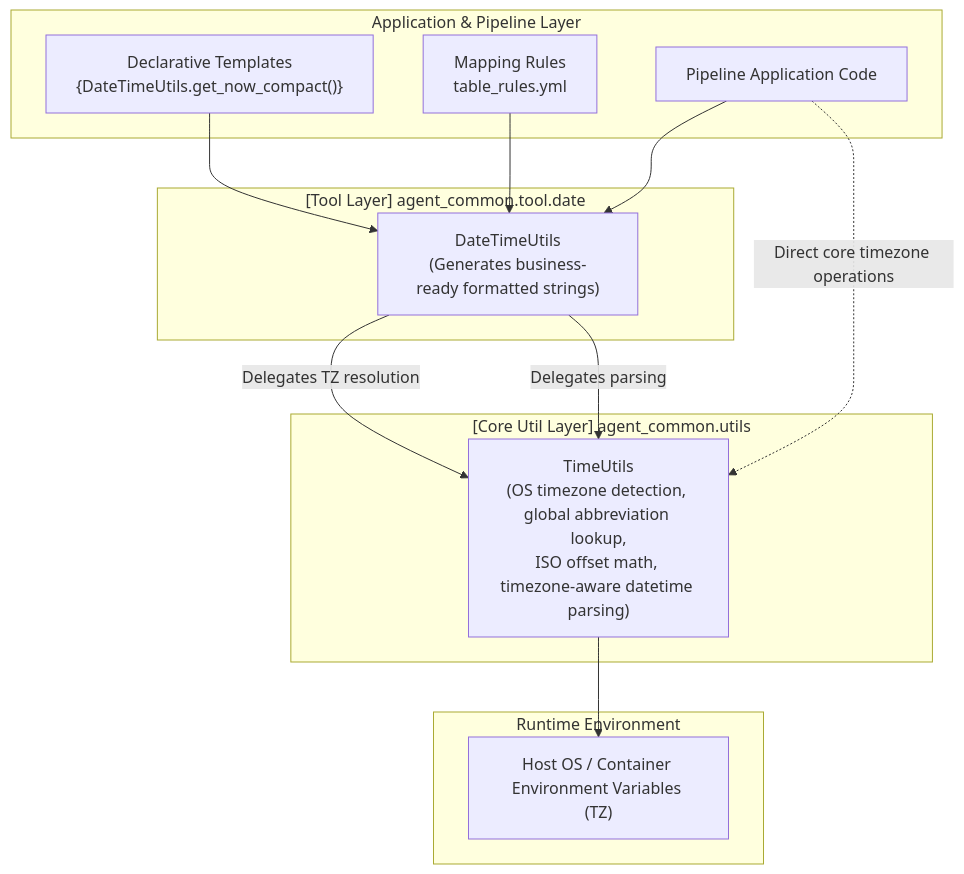
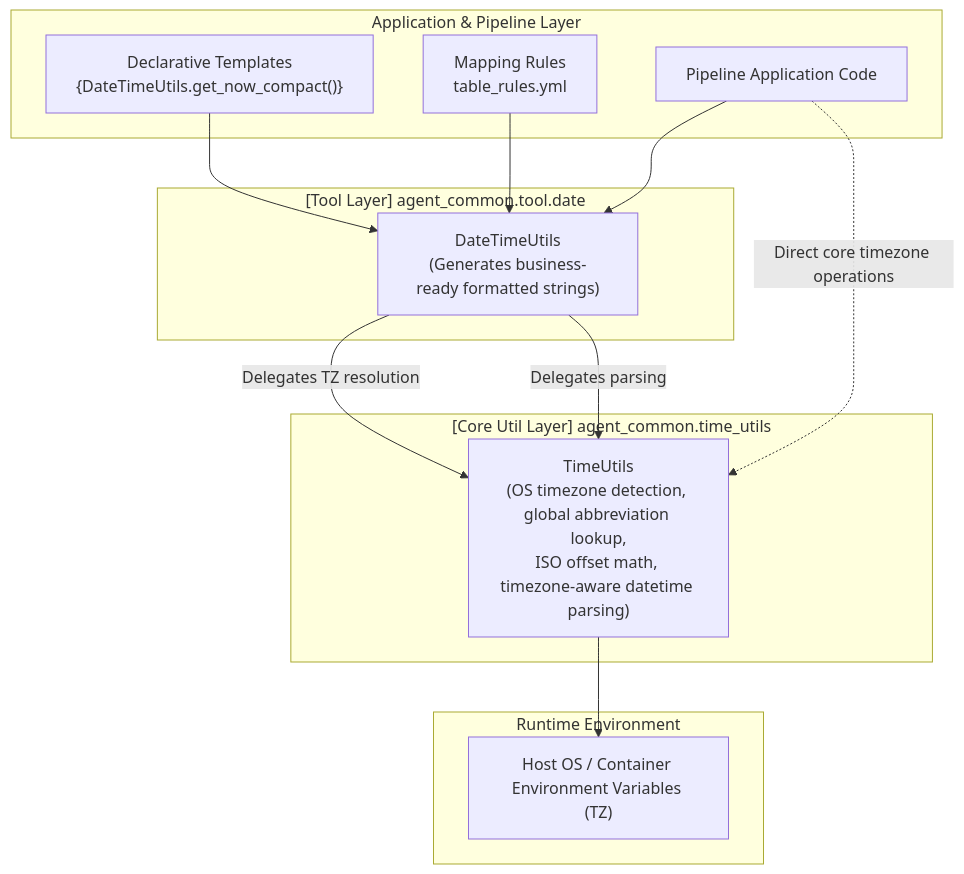
Before and after one commit to kampores/agent_common: the diagram in manual/en/tool_parser/04_builtin_datetime_utils_en.md, drawn with Mermaid. The commit also changed other lines of this file and 120 other files, not shown here.

````diff
--- a/manual/en/tool_parser/04_builtin_datetime_utils_en.md
+++ b/manual/en/tool_parser/04_builtin_datetime_utils_en.md
@@ -27,29 +27,29 @@
 ```mermaid
 flowchart TD
     subgraph AppLayer["Application & Pipeline Layer"]
         Tmpl["Declarative Templates<br/>{DateTimeUtils.get_now_compact()}"]
         Rules["Mapping Rules<br/>table_rules.yml"]
         Code["Pipeline Application Code"]
     end
 
     subgraph ToolLayer["[Tool Layer] agent_common.tool.date"]
         DTUtils["DateTimeUtils<br/>(Generates business-ready formatted strings)"]
     end
 
-    subgraph CoreLayer["[Core Util Layer] agent_common.utils"]
+    subgraph CoreLayer["[Core Util Layer] agent_common.time_utils"]
         TUtils["TimeUtils<br/>(OS timezone detection, global abbreviation lookup,<br/>ISO offset math, timezone-aware datetime parsing)"]
     end
 
     subgraph EnvLayer["Runtime Environment"]
         HostOS["Host OS / Container Environment Variables (TZ)"]
     end
 
     Tmpl --> DTUtils
     Rules --> DTUtils
     Code --> DTUtils
     Code -.->|"Direct core timezone operations"| TUtils
 
     DTUtils -->|"Delegates TZ resolution"| TUtils
     DTUtils -->|"Delegates parsing"| TUtils
     TUtils --> HostOS
 ```
````
